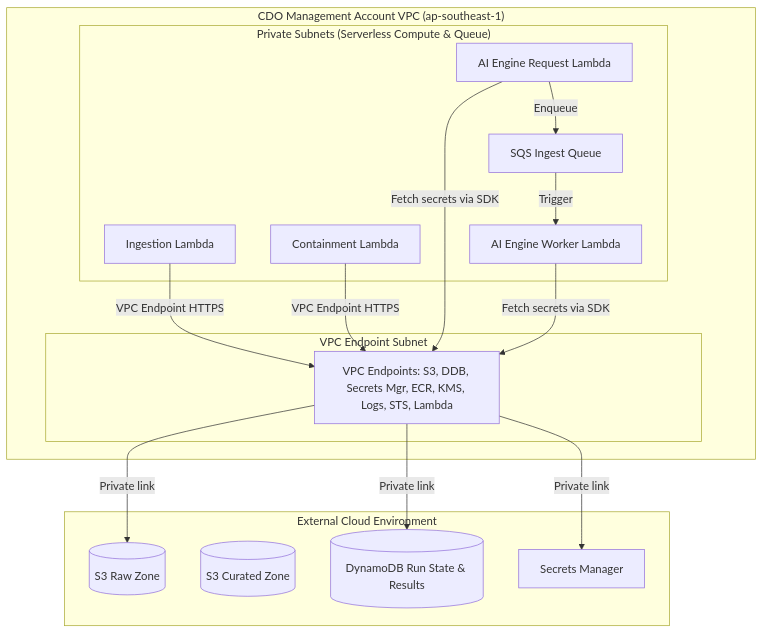
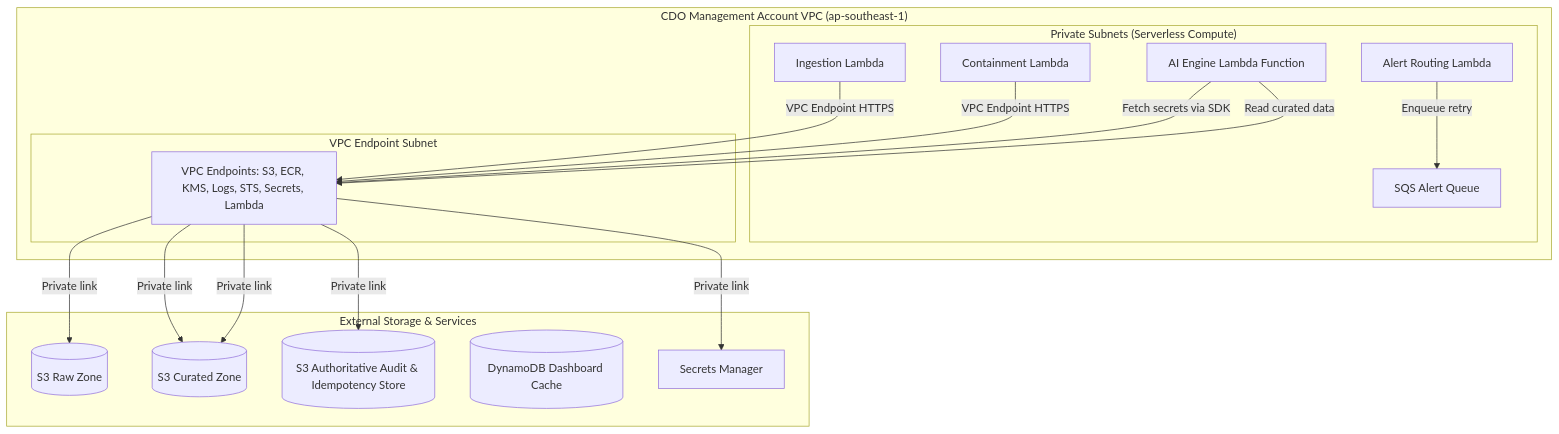
One commit to hungxqt/tf2-finops-docs changed the diagram in docs/tf2-finops/03_security_design.md. Above: the diagram before and after it, drawn with Mermaid. The commit also changed other lines of this file and 21 other files, not shown here.

````diff
--- a/docs/tf2-finops/03_security_design.md
+++ b/docs/tf2-finops/03_security_design.md
@@ -15,36 +15,38 @@
 ```mermaid
 graph TD
     subgraph "CDO Management Account VPC (ap-southeast-1)"
-        subgraph "Private Subnets (Serverless Compute & Queue)"
-            AILambdaReq[AI Engine Request Lambda]
-            AILambdaWorker[AI Engine Worker Lambda]
-            SQSQueue[SQS Ingest Queue]
+        subgraph "Private Subnets (Serverless Compute)"
+            AILambda[AI Engine Lambda Function]
             L_Pull[Ingestion Lambda]
             L_Cont[Containment Lambda]
+            L_Alert[Alert Routing Lambda]
+            SQSQueue[SQS Alert Queue]
         end
 
         subgraph "VPC Endpoint Subnet"
-            VPCE[VPC Endpoints: S3, DDB, Secrets Mgr, ECR, KMS, Logs, STS, Lambda]
+            VPCE[VPC Endpoints: S3, ECR, KMS, Logs, STS, Secrets, Lambda]
         end
     end
 
-    subgraph "External Cloud Environment"
+    subgraph "External Storage & Services"
         S3Raw[(S3 Raw Zone)]
         S3Cur[(S3 Curated Zone)]
-        DDB[(DynamoDB Run State & Results)]
+        S3Audit[(S3 Authoritative Audit & Idempotency Store)]
+        DDB[(DynamoDB Dashboard Cache)]
         SM[Secrets Manager]
     end
 
     %% Network flows
     L_Pull -->|VPC Endpoint HTTPS| VPCE
     VPCE -->|Private link| S3Raw
+    VPCE -->|Private link| S3Cur
     L_Cont -->|VPC Endpoint HTTPS| VPCE
-    VPCE -->|Private link| DDB
+    VPCE -->|Private link| S3Audit
+    L_Alert -->|Enqueue retry| SQSQueue
     
     %% Serverless traffic
-    AILambdaReq -->|Enqueue| SQSQueue
-    SQSQueue -->|Trigger| AILambdaWorker
-    AILambdaReq -->|Fetch secrets via SDK| VPCE
-    AILambdaWorker -->|Fetch secrets via SDK| VPCE
+    AILambda -->|Fetch secrets via SDK| VPCE
     VPCE -->|Private link| SM
+    AILambda -->|Read curated data| VPCE
+    VPCE -->|Private link| S3Cur
 ```
````
